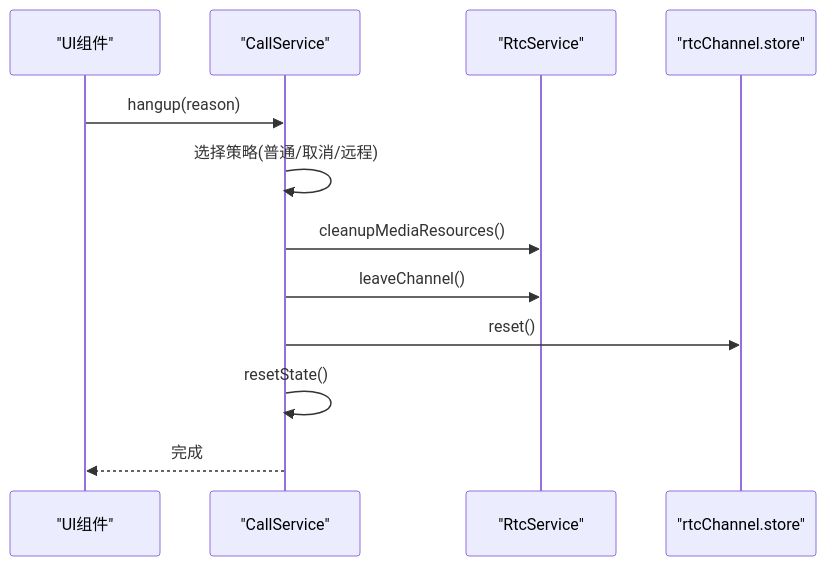
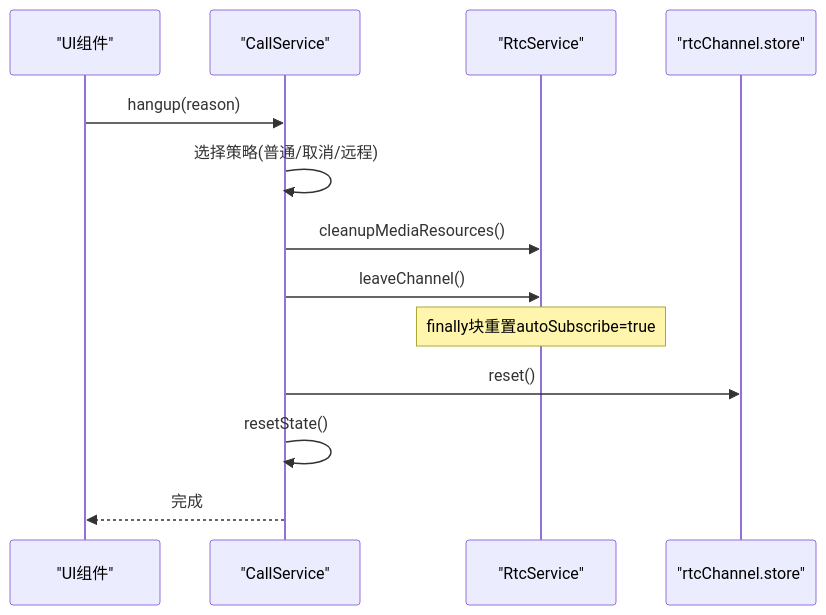
Before and after one commit to Easemob-Community/easemob-uikit-callkit-vue3: the tenth of 11 diagrams in .qoder/repowiki/zh/content/组合式 API/RTC 服务 API.md, drawn with Mermaid. The commit also changed other lines of this file and 54 other files, not shown here.

````diff
--- a/.qoder/repowiki/zh/content/组合式 API/RTC 服务 API.md
+++ b/.qoder/repowiki/zh/content/组合式 API/RTC 服务 API.md
@@ -365,14 +517,15 @@
 ```mermaid
 sequenceDiagram
 participant UI as "UI组件"
 participant CS as "CallService"
 participant RS as "RtcService"
 participant RC as "rtcChannel.store"
 UI->>CS : hangup(reason)
 CS->>CS : 选择策略(普通/取消/远程)
 CS->>RS : cleanupMediaResources()
 CS->>RS : leaveChannel()
+Note over RS : finally块重置autoSubscribe=true
 CS->>RC : reset()
 CS->>CS : resetState()
 CS-->>UI : 完成
 ```
````
